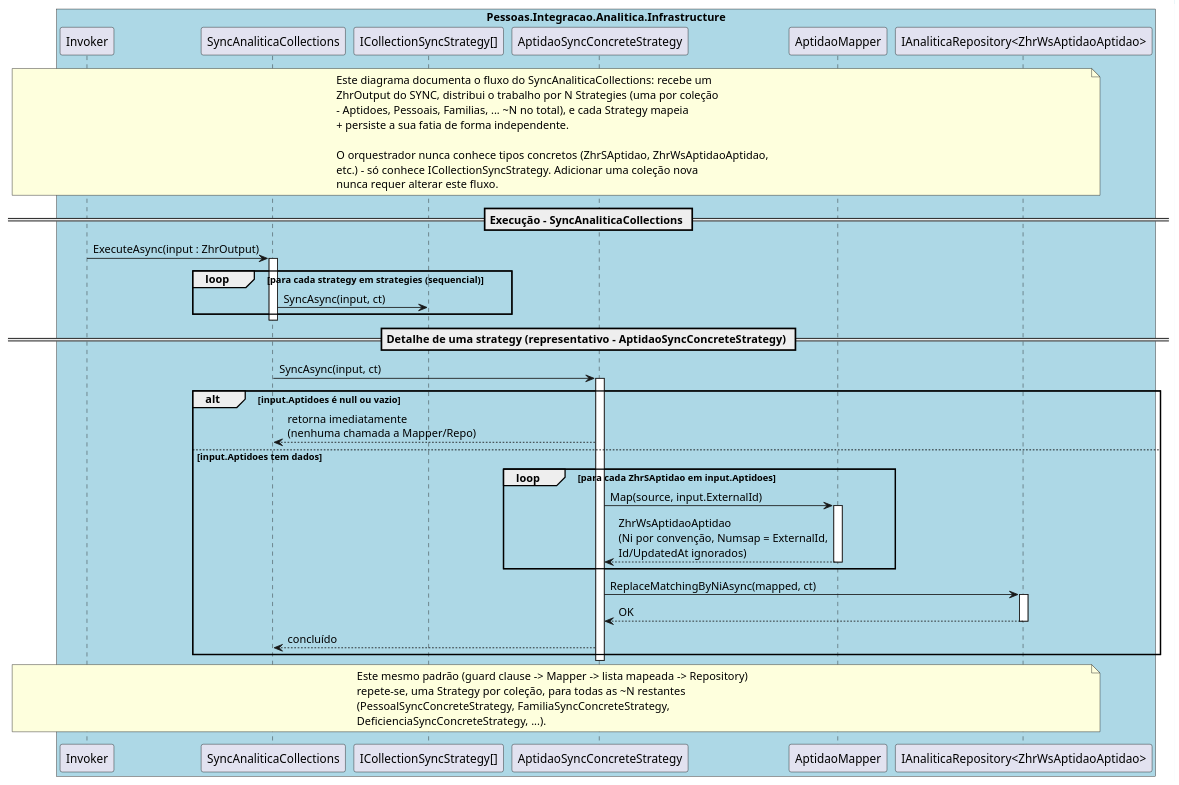
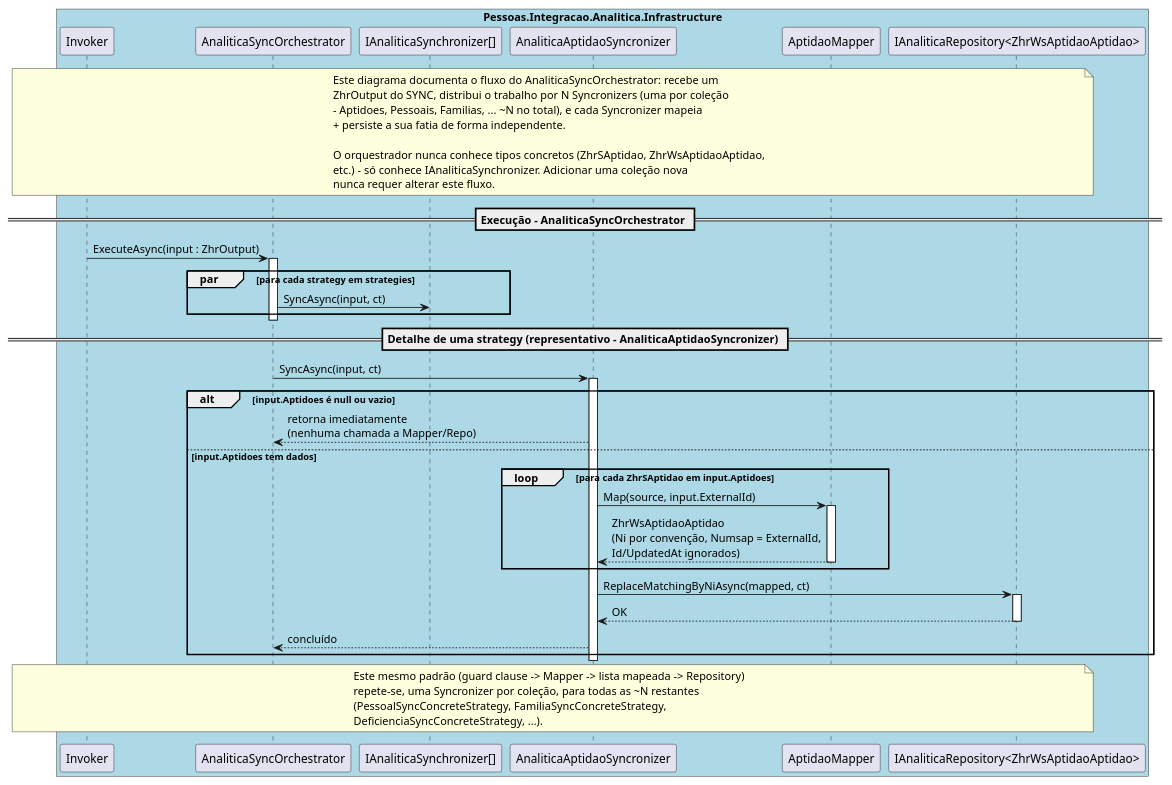
The diagram in docs/sequence-diagrams/analitica/sequence-diagram-analitica-mapper.md (Raimundo82/pessoas-integracao), drawn with PlantUML before and after one commit.

Commit message:
docs: update documentation to use the new Analitica strucuture

````diff
--- a/docs/sequence-diagrams/analitica/sequence-diagram-analitica-mapper.md
+++ b/docs/sequence-diagrams/analitica/sequence-diagram-analitica-mapper.md
@@ -3,69 +3,71 @@
 ```plantuml
 @startuml
 note across
-Este diagrama documenta o fluxo do SyncAnaliticaCollections: recebe um
-ZhrOutput do SYNC, distribui o trabalho por N Strategies (uma por coleção
-- Aptidoes, Pessoais, Familias, ... ~N no total), e cada Strategy mapeia
+Este diagrama documenta o fluxo do AnaliticaSyncOrchestrator: recebe um
+ZhrOutput do SYNC, distribui o trabalho por N Syncronizers (uma por coleção
+- Aptidoes, Pessoais, Familias, ... ~N no total), e cada Syncronizer mapeia
 + persiste a sua fatia de forma independente.
  
 O orquestrador nunca conhece tipos concretos (ZhrSAptidao, ZhrWsAptidaoAptidao,
-etc.) - só conhece ICollectionSyncStrategy. Adicionar uma coleção nova
+etc.) - só conhece IAnaliticaSynchronizer. Adicionar uma coleção nova
 nunca requer alterar este fluxo.
 end note
  
-== Execução - SyncAnaliticaCollections ==
+== Execução - AnaliticaSyncOrchestrator ==
  
 box "Pessoas.Integracao.Analitica.Infrastructure" #LightBlue
     participant "Invoker" as Caller
-    participant "SyncAnaliticaCollections" as Orchestrator
-    participant "ICollectionSyncStrategy[]" as Strategies
+    participant "AnaliticaSyncOrchestrator" as Orchestrator
+    participant "IAnaliticaSynchronizer[]" as Syncronizers
 
  
 Caller -> Orchestrator : ExecuteAsync(input : ZhrOutput)
 activate Orchestrator
  
-    loop para cada strategy em strategies (sequencial)
-        Orchestrator -> Strategies : SyncAsync(input, ct)
+    par para cada strategy em strategies
+        Orchestrator -> Syncronizers : SyncAsync(input, ct)
     end
  
 deactivate Orchestrator
  
-== Detalhe de uma strategy (representativo - AptidaoSyncConcreteStrategy) ==
+== Detalhe de uma strategy (representativo - AnaliticaAptidaoSyncronizer) ==
  
-    participant "AptidaoSyncConcreteStrategy" as Strategy
+    participant "AnaliticaAptidaoSyncronizer" as Syncronizer
     participant "AptidaoMapper" as Mapper
     participant "IAnaliticaRepository<ZhrWsAptidaoAptidao>" as Repo
 end box
- 
-Orchestrator -> Strategy : SyncAsync(input, ct)
-activate Strategy
+
+activate Orchestrator
+Orchestrator -> Syncronizer : SyncAsync(input, ct)
+activate Syncronizer
  
 alt input.Aptidoes é null ou vazio
-    Strategy --> Orchestrator : retorna imediatamente\n(nenhuma chamada a Mapper/Repo)
+    Syncronizer --> Orchestrator : retorna imediatamente\n(nenhuma chamada a Mapper/Repo)
 else input.Aptidoes tem dados
     loop para cada ZhrSAptidao em input.Aptidoes
-        Strategy -> Mapper : Map(source, input.ExternalId)
+        Syncronizer -> Mapper : Map(source, input.ExternalId)
         activate Mapper
-        Mapper --> Strategy : ZhrWsAptidaoAptidao\n(Ni por convenção, Numsap = ExternalId,\nId/UpdatedAt ignorados)
+        Mapper --> Syncronizer : ZhrWsAptidaoAptidao\n(Ni por convenção, Numsap = ExternalId,\nId/UpdatedAt ignorados)
         deactivate Mapper
     end
  
-    Strategy -> Repo : ReplaceMatchingByNiAsync(mapped, ct)
+    Syncronizer -> Repo : ReplaceMatchingByNiAsync(mapped, ct)
     activate Repo
-    Repo --> Strategy : OK
+    Repo --> Syncronizer : OK
     deactivate Repo
  
-    Strategy --> Orchestrator : concluído
+    Syncronizer --> Orchestrator : concluído
 end
  
-deactivate Strategy
+deactivate Syncronizer
+deactivate Orchestrator
  
 note across
 Este mesmo padrão (guard clause -> Mapper -> lista mapeada -> Repository)
-repete-se, uma Strategy por coleção, para todas as ~N restantes
+repete-se, uma Syncronizer por coleção, para todas as ~N restantes
 (PessoalSyncConcreteStrategy, FamiliaSyncConcreteStrategy,
 DeficienciaSyncConcreteStrategy, ...).
 end note
  
 @enduml
 ```
````
